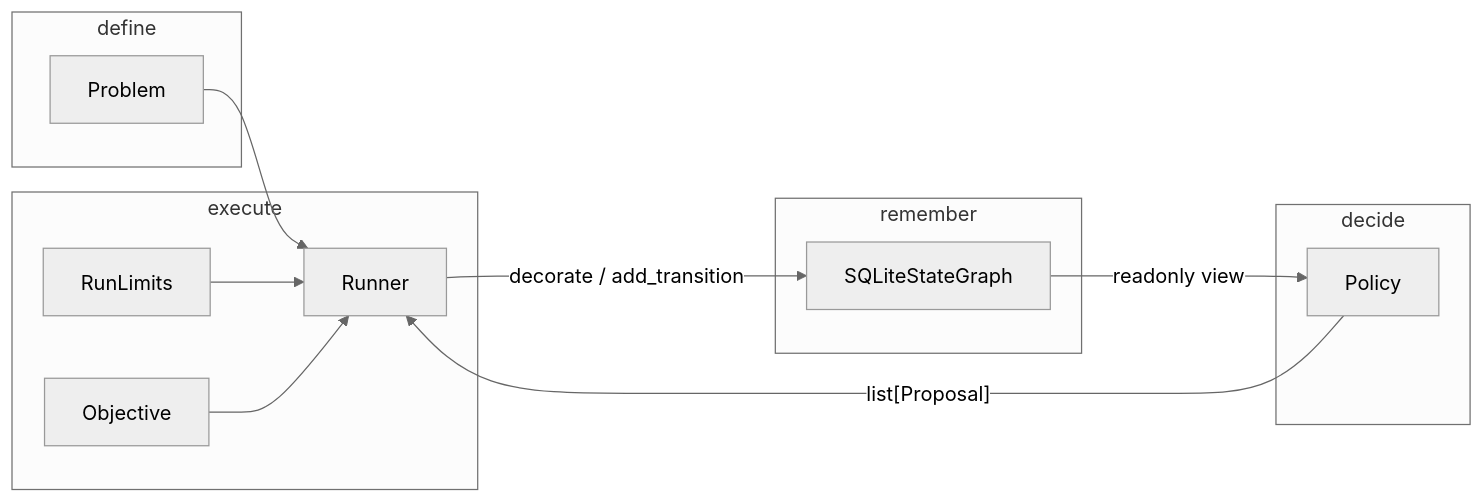
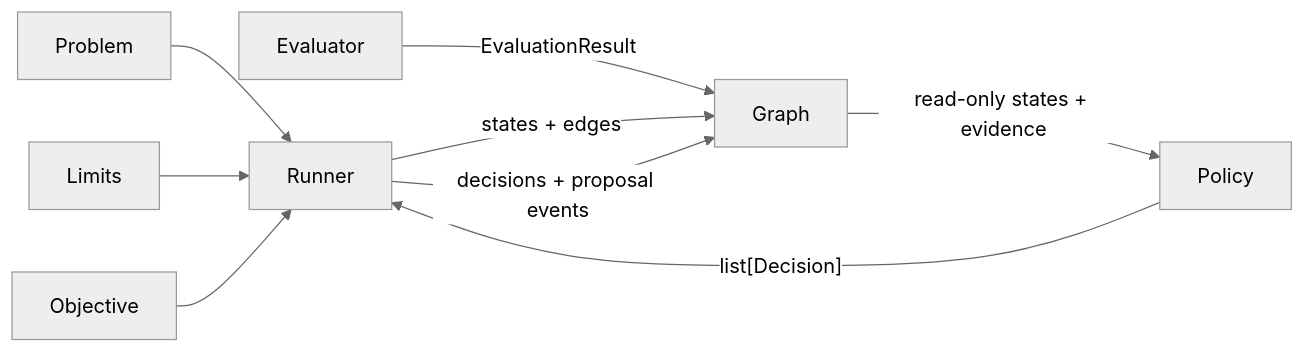
One commit to McClain-Thiel/yggdrisil changed the first of 2 diagrams in docs/architecture.md. Above: the diagram before and after it, drawn with Mermaid (neutral theme). The commit also changed other lines of this file and 39 other files, not shown here.

````diff
--- a/docs/architecture.md
+++ b/docs/architecture.md
@@ -6,23 +7,11 @@
 ```mermaid
 flowchart LR
-  subgraph define
-    Problem
-  end
-  subgraph decide
-    Policy
-  end
-  subgraph execute
-    Runner
-    Limits[RunLimits]
-    Objective
-  end
-  subgraph remember
-    Graph[SQLiteStateGraph]
-  end
   Problem --> Runner
-  Policy -->|"list[Proposal]"| Runner
+  Policy -->|"list[Decision]"| Runner
+  Graph -->|"read-only states + evidence"| Policy
+  Evaluator -->|"EvaluationResult"| Graph
+  Runner -->|"states + edges"| Graph
+  Runner -->|"decisions + proposal events"| Graph
   Limits --> Runner
   Objective --> Runner
-  Runner -->|"decorate / add_transition"| Graph
-  Graph -->|"readonly view"| Policy
 ```
````
